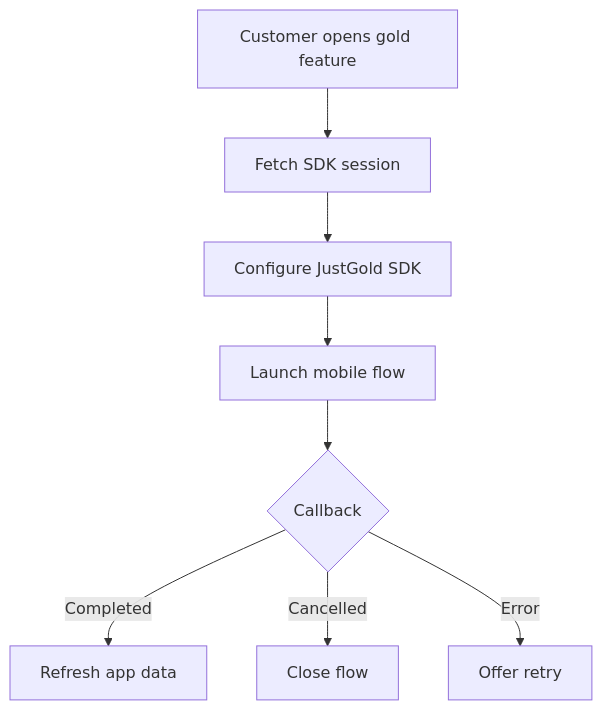
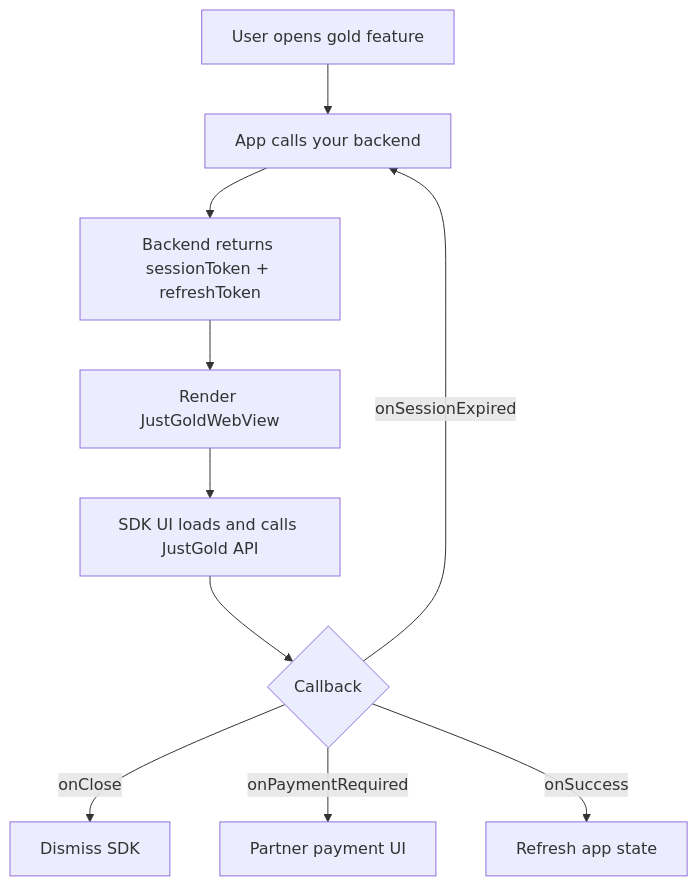
The diagram in sdk/flutter.md (Just-Gold-JG/docs), drawn with Mermaid before and after one commit. The commit also changed other lines of this file and 3 other files, not shown here.

Commit message:
Enhance SDK documentation for Flutter and React Native, including updated integration flows, session management, and UI embedding details. Clarify token handling and callback implementations for improved developer guidance.

````diff
--- a/sdk/flutter.md
+++ b/sdk/flutter.md
@@ -7,10 +9,12 @@
 ```mermaid
 flowchart TD
-    A[Customer opens gold feature] --> B[Fetch SDK session]
-    B --> C[Configure JustGold SDK]
-    C --> D[Launch mobile flow]
-    D --> E{Callback}
-    E -->|Completed| F[Refresh app data]
-    E -->|Cancelled| G[Close flow]
-    E -->|Error| H[Offer retry]
+    A[User opens gold feature] --> B[App calls your backend]
+    B --> C[Backend returns sessionToken + refreshToken]
+    C --> D[Render JustGoldWebView]
+    D --> E[SDK UI loads and calls JustGold API]
+    E --> F{Callback}
+    F -->|onClose| G[Dismiss SDK]
+    F -->|onPaymentRequired| H[Partner payment UI]
+    F -->|onSuccess| I[Refresh app state]
+    F -->|onSessionExpired| B
 ```
````
